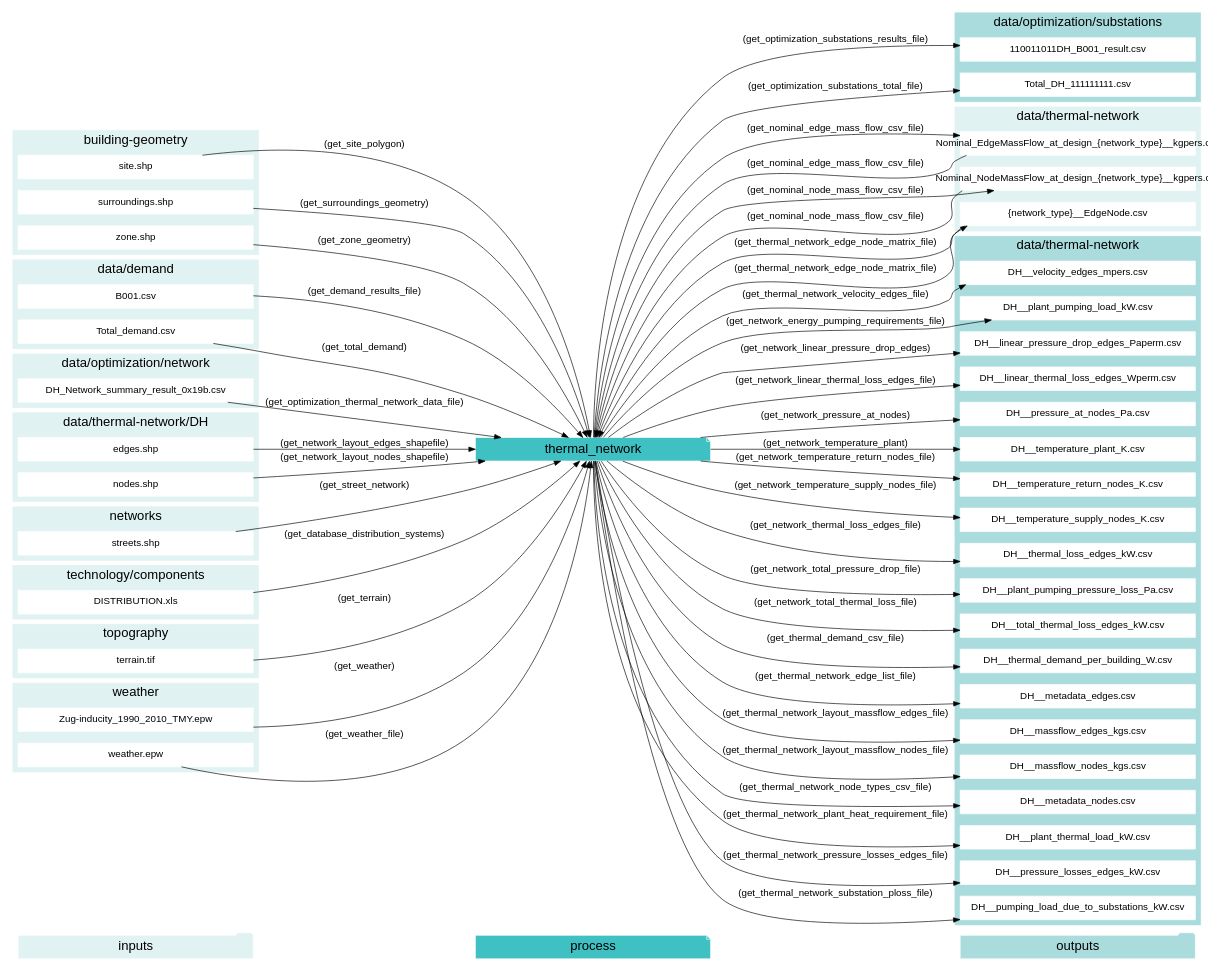
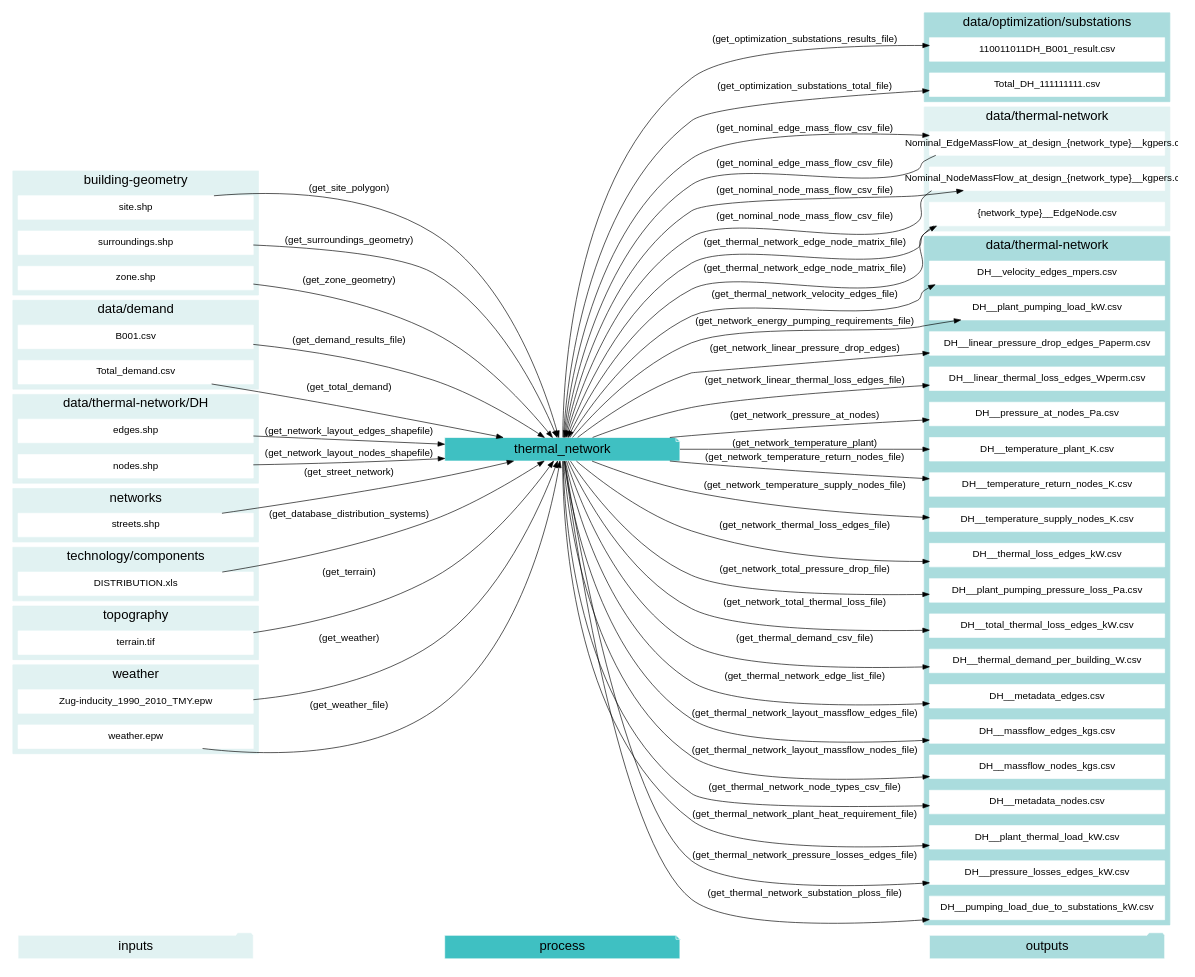
The diagram in docs/graphviz/thermal_network.gv (architecture-building-systems/CityEnergyAnalyst), drawn with Graphviz before and after one commit. The commit also changed 25 other files, not shown here.

Commit message:
working on the graphviz output

```diff
--- a/docs/graphviz/thermal_network.gv
+++ b/docs/graphviz/thermal_network.gv
@@ -1,174 +1,165 @@
 digraph trace_inputlocator {
     rankdir="LR";
     graph [overlap=false, fontname=arial];
     node [shape=box, style=filled, color=white, fontsize=15, fontname=arial, fixedsize=true, width=5];
     edge [fontname=arial, fontsize = 15]
     newrank=true
     subgraph cluster_legend {
     fontsize=25
     style=invis
     "process"[style=filled, fillcolor="#3FC0C2", shape=note, fontsize=20, fontname="arial"]
     "inputs" [style=filled, shape=folder, color=white, fillcolor="#E1F2F2", fontsize=20]
     "outputs"[style=filled, shape=folder, color=white, fillcolor="#aadcdd", fontsize=20]
     "inputs"->"process"[style=invis]
     "process"->"outputs"[style=invis]
     }
     "thermal_network"[style=filled, color=white, fillcolor="#3FC0C2", shape=note, fontsize=20, fontname=arial];
     subgraph cluster_0_in {
         style = filled;
         color = "#E1F2F2";
         fontsize = 20;
         rank=same;
         label="building-geometry";
         "site.shp"
         "surroundings.shp"
         "zone.shp"
     }
     subgraph cluster_1_in {
         style = filled;
         color = "#E1F2F2";
         fontsize = 20;
         rank=same;
         label="data/demand";
         "B001.csv"
         "Total_demand.csv"
     }
-    subgraph cluster_2_in {
-        style = filled;
-        color = "#E1F2F2";
-        fontsize = 20;
-        rank=same;
-        label="data/optimization/network";
-        "DH_Network_summary_result_0x19b.csv"
-    }
-    subgraph cluster_3_out {
+    subgraph cluster_2_out {
         style = filled;
         color = "#aadcdd";
         fontsize = 20;
         rank=same;
         label="data/optimization/substations";
         "110011011DH_B001_result.csv"
         "Total_DH_111111111.csv"
     }
-    subgraph cluster_4_in {
+    subgraph cluster_3_in {
         style = filled;
         color = "#E1F2F2";
         fontsize = 20;
         rank=same;
         label="data/thermal-network";
         "Nominal_EdgeMassFlow_at_design_{network_type}__kgpers.csv"
         "Nominal_NodeMassFlow_at_design_{network_type}__kgpers.csv"
         "{network_type}__EdgeNode.csv"
     }
-    subgraph cluster_4_out {
+    subgraph cluster_3_out {
         style = filled;
         color = "#aadcdd";
         fontsize = 20;
         rank=same;
         label="data/thermal-network";
         "DH__plant_pumping_load_kW.csv"
         "DH__linear_pressure_drop_edges_Paperm.csv"
         "DH__linear_thermal_loss_edges_Wperm.csv"
         "DH__pressure_at_nodes_Pa.csv"
         "DH__temperature_plant_K.csv"
         "DH__temperature_return_nodes_K.csv"
         "DH__temperature_supply_nodes_K.csv"
         "DH__thermal_loss_edges_kW.csv"
         "DH__plant_pumping_pressure_loss_Pa.csv"
         "DH__total_thermal_loss_edges_kW.csv"
         "Nominal_EdgeMassFlow_at_design_{network_type}__kgpers.csv"
         "Nominal_NodeMassFlow_at_design_{network_type}__kgpers.csv"
         "DH__thermal_demand_per_building_W.csv"
         "DH__metadata_edges.csv"
         "{network_type}__EdgeNode.csv"
         "DH__massflow_edges_kgs.csv"
         "DH__massflow_nodes_kgs.csv"
         "DH__metadata_nodes.csv"
         "DH__plant_thermal_load_kW.csv"
         "DH__pressure_losses_edges_kW.csv"
         "DH__pumping_load_due_to_substations_kW.csv"
         "DH__velocity_edges_mpers.csv"
     }
-    subgraph cluster_5_in {
+    subgraph cluster_4_in {
         style = filled;
         color = "#E1F2F2";
         fontsize = 20;
         rank=same;
         label="data/thermal-network/DH";
         "edges.shp"
         "nodes.shp"
     }
-    subgraph cluster_6_in {
+    subgraph cluster_5_in {
         style = filled;
         color = "#E1F2F2";
         fontsize = 20;
         rank=same;
         label="networks";
         "streets.shp"
     }
-    subgraph cluster_7_in {
+    subgraph cluster_6_in {
         style = filled;
         color = "#E1F2F2";
         fontsize = 20;
         rank=same;
         label="technology/components";
         "DISTRIBUTION.xls"
     }
-    subgraph cluster_8_in {
+    subgraph cluster_7_in {
         style = filled;
         color = "#E1F2F2";
         fontsize = 20;
         rank=same;
         label="topography";
         "terrain.tif"
     }
-    subgraph cluster_9_in {
+    subgraph cluster_8_in {
         style = filled;
         color = "#E1F2F2";
         fontsize = 20;
         rank=same;
         label="weather";
         "Zug-inducity_1990_2010_TMY.epw"
         "weather.epw"
     }
     "DISTRIBUTION.xls" -> "thermal_network"[label="(get_database_distribution_systems)"]
     "B001.csv" -> "thermal_network"[label="(get_demand_results_file)"]
     "edges.shp" -> "thermal_network"[label="(get_network_layout_edges_shapefile)"]
     "nodes.shp" -> "thermal_network"[label="(get_network_layout_nodes_shapefile)"]
     "Nominal_EdgeMassFlow_at_design_{network_type}__kgpers.csv" -> "thermal_network"[label="(get_nominal_edge_mass_flow_csv_file)"]
     "Nominal_NodeMassFlow_at_design_{network_type}__kgpers.csv" -> "thermal_network"[label="(get_nominal_node_mass_flow_csv_file)"]
-    "DH_Network_summary_result_0x19b.csv" -> "thermal_network"[label="(get_optimization_thermal_network_data_file)"]
     "site.shp" -> "thermal_network"[label="(get_site_polygon)"]
     "streets.shp" -> "thermal_network"[label="(get_street_network)"]
     "surroundings.shp" -> "thermal_network"[label="(get_surroundings_geometry)"]
     "terrain.tif" -> "thermal_network"[label="(get_terrain)"]
     "{network_type}__EdgeNode.csv" -> "thermal_network"[label="(get_thermal_network_edge_node_matrix_file)"]
     "Total_demand.csv" -> "thermal_network"[label="(get_total_demand)"]
     "Zug-inducity_1990_2010_TMY.epw" -> "thermal_network"[label="(get_weather)"]
     "weather.epw" -> "thermal_network"[label="(get_weather_file)"]
     "zone.shp" -> "thermal_network"[label="(get_zone_geometry)"]
     "thermal_network" -> "DH__plant_pumping_load_kW.csv"[label="(get_network_energy_pumping_requirements_file)"]
     "thermal_network" -> "DH__linear_pressure_drop_edges_Paperm.csv"[label="(get_network_linear_pressure_drop_edges)"]
     "thermal_network" -> "DH__linear_thermal_loss_edges_Wperm.csv"[label="(get_network_linear_thermal_loss_edges_file)"]
     "thermal_network" -> "DH__pressure_at_nodes_Pa.csv"[label="(get_network_pressure_at_nodes)"]
     "thermal_network" -> "DH__temperature_plant_K.csv"[label="(get_network_temperature_plant)"]
     "thermal_network" -> "DH__temperature_return_nodes_K.csv"[label="(get_network_temperature_return_nodes_file)"]
     "thermal_network" -> "DH__temperature_supply_nodes_K.csv"[label="(get_network_temperature_supply_nodes_file)"]
     "thermal_network" -> "DH__thermal_loss_edges_kW.csv"[label="(get_network_thermal_loss_edges_file)"]
     "thermal_network" -> "DH__plant_pumping_pressure_loss_Pa.csv"[label="(get_network_total_pressure_drop_file)"]
     "thermal_network" -> "DH__total_thermal_loss_edges_kW.csv"[label="(get_network_total_thermal_loss_file)"]
     "thermal_network" -> "Nominal_EdgeMassFlow_at_design_{network_type}__kgpers.csv"[label="(get_nominal_edge_mass_flow_csv_file)"]
     "thermal_network" -> "Nominal_NodeMassFlow_at_design_{network_type}__kgpers.csv"[label="(get_nominal_node_mass_flow_csv_file)"]
     "thermal_network" -> "110011011DH_B001_result.csv"[label="(get_optimization_substations_results_file)"]
     "thermal_network" -> "Total_DH_111111111.csv"[label="(get_optimization_substations_total_file)"]
     "thermal_network" -> "DH__thermal_demand_per_building_W.csv"[label="(get_thermal_demand_csv_file)"]
     "thermal_network" -> "DH__metadata_edges.csv"[label="(get_thermal_network_edge_list_file)"]
     "thermal_network" -> "{network_type}__EdgeNode.csv"[label="(get_thermal_network_edge_node_matrix_file)"]
     "thermal_network" -> "DH__massflow_edges_kgs.csv"[label="(get_thermal_network_layout_massflow_edges_file)"]
     "thermal_network" -> "DH__massflow_nodes_kgs.csv"[label="(get_thermal_network_layout_massflow_nodes_file)"]
     "thermal_network" -> "DH__metadata_nodes.csv"[label="(get_thermal_network_node_types_csv_file)"]
     "thermal_network" -> "DH__plant_thermal_load_kW.csv"[label="(get_thermal_network_plant_heat_requirement_file)"]
     "thermal_network" -> "DH__pressure_losses_edges_kW.csv"[label="(get_thermal_network_pressure_losses_edges_file)"]
     "thermal_network" -> "DH__pumping_load_due_to_substations_kW.csv"[label="(get_thermal_network_substation_ploss_file)"]
     "thermal_network" -> "DH__velocity_edges_mpers.csv"[label="(get_thermal_network_velocity_edges_file)"]
     }
```
